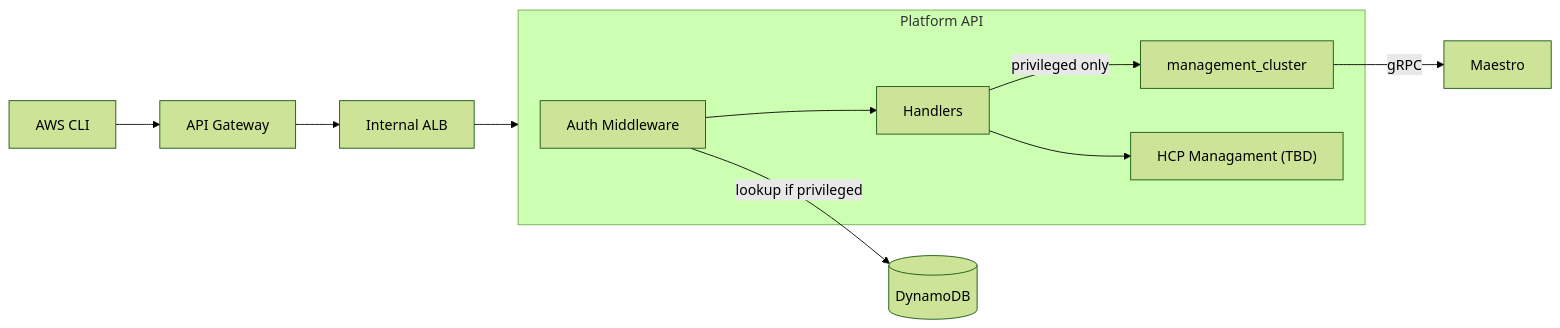
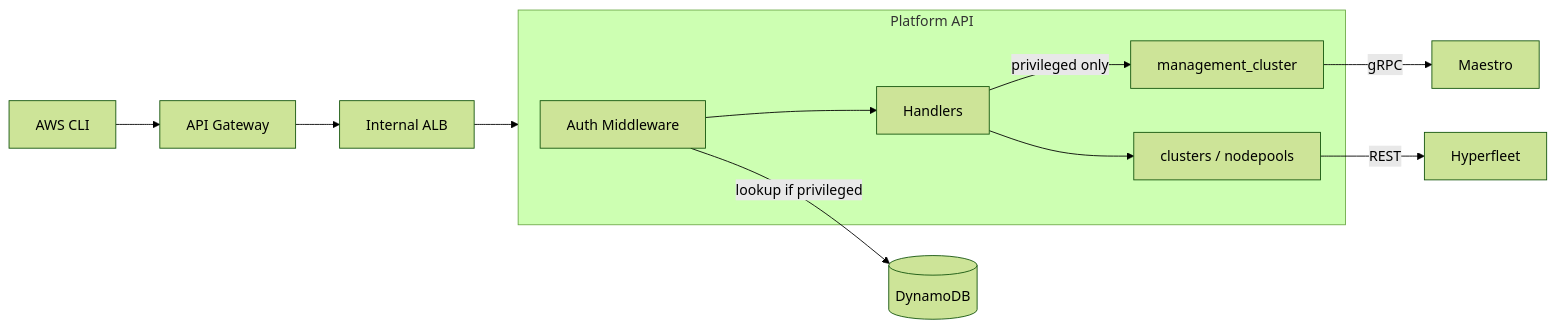
Before and after one commit to openshift-online/rosa-regional-platform-api: the diagram in README.md, drawn with Mermaid (forest theme). The commit also changed other lines of this file, not shown here.

First line of the commit message:
docs: update README for Hyperfleet clusters integration

````diff
--- a/README.md
+++ b/README.md
@@ -7,15 +7,16 @@
 ```mermaid
 flowchart LR
     CLI["AWS CLI"] --> APIGW["API Gateway"]
     APIGW --> ALB["Internal ALB"]
     ALB --> PlatformAPI
 
     subgraph PlatformAPI["Platform API"]
         AuthMW["Auth Middleware"] --> Handler["Handlers"]
         Handler -->|privileged only| MgmtCluster["management_cluster"]
-        Handler --> HCP["HCP Managament (TBD)"]
+        Handler --> Clusters["clusters / nodepools"]
     end
 
     AuthMW -->|lookup if privileged| DDB[("DynamoDB")]
     MgmtCluster -->|gRPC| Maestro["Maestro"]
+    Clusters -->|REST| Hyperfleet["Hyperfleet"]
 ```
````
